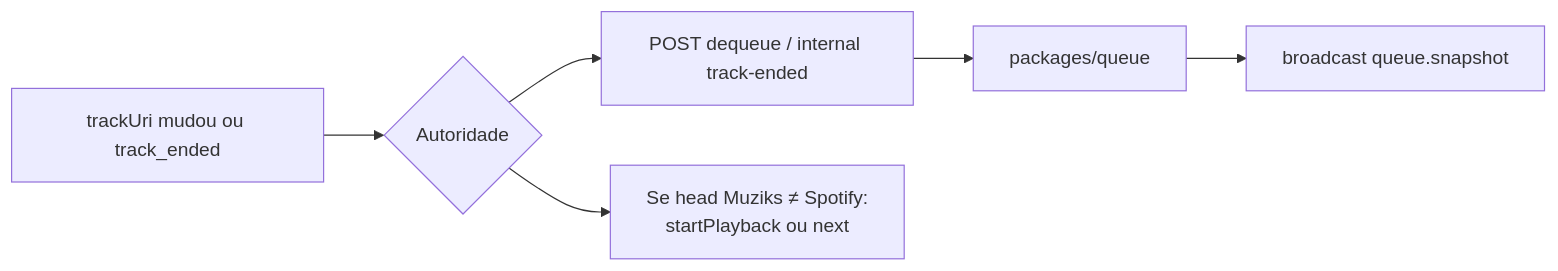
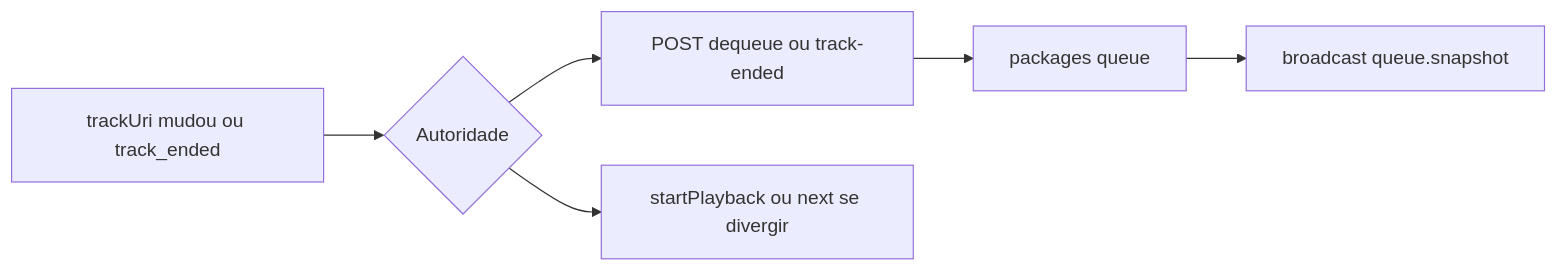
One commit to LucasArgate/muziks changed the third of 3 diagrams in docs/tech/PLAYBACK-NEAR-END-AND-QUEUE-MIRROR.md. Above: the diagram before and after it, drawn with Mermaid. The commit also changed other lines of this file and 13 other files, not shown here.

````diff
--- a/docs/tech/PLAYBACK-NEAR-END-AND-QUEUE-MIRROR.md
+++ b/docs/tech/PLAYBACK-NEAR-END-AND-QUEUE-MIRROR.md
@@ -199,8 +204,8 @@
 ```mermaid
 flowchart LR
   A[trackUri mudou ou track_ended] --> B{Autoridade}
-  B --> C[POST dequeue / internal track-ended]
-  C --> D[packages/queue]
+  B --> C[POST dequeue ou track-ended]
+  C --> D[packages queue]
   D --> E[broadcast queue.snapshot]
-  B --> F[Se head Muziks ≠ Spotify:<br/>startPlayback ou next]
+  B --> F["startPlayback ou next se divergir"]
 ```
````
